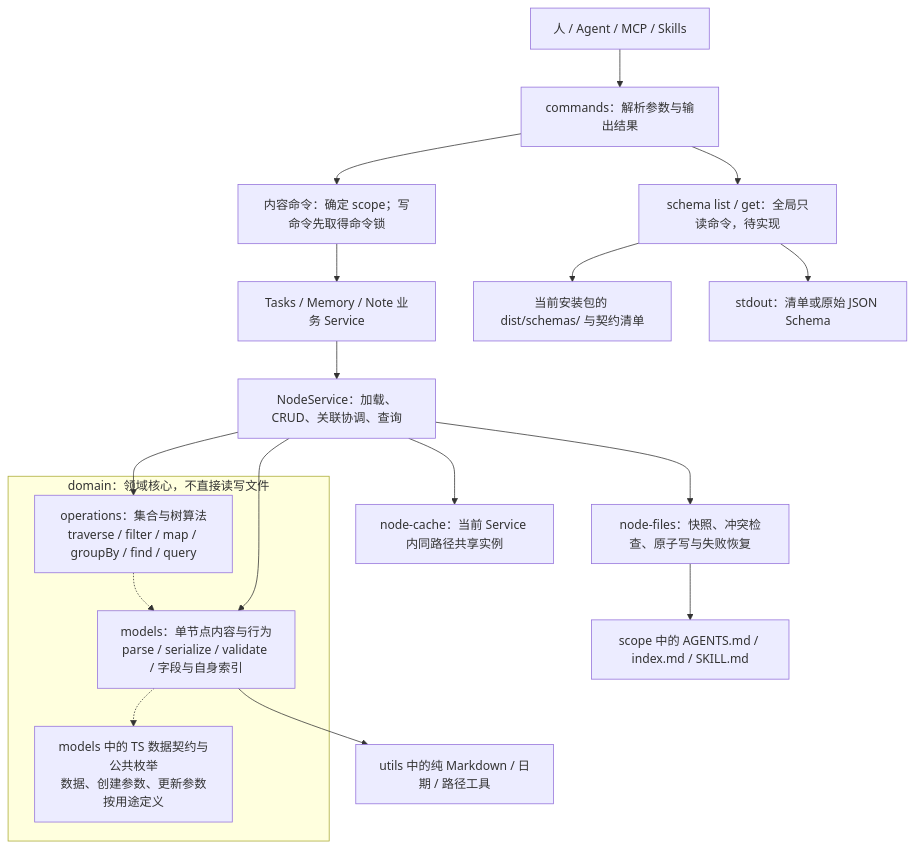
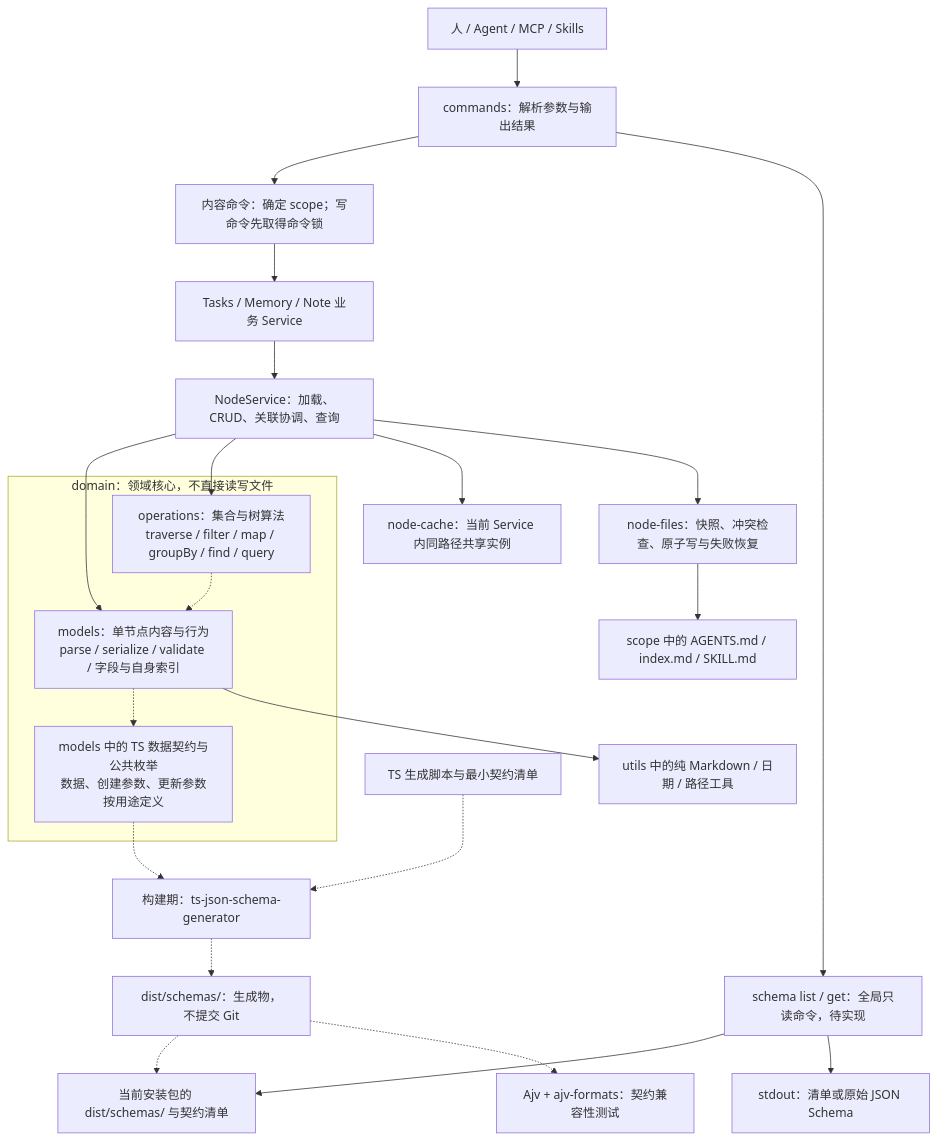
One commit to VirusPC/edges changed the first of 2 diagrams in docs/superpowers/plans/2026-10-06-shared-node-capabilities.md. Above: the diagram before and after it, drawn with Mermaid. The commit also changed other lines of this file and 4 other files, not shown here.

Commit message:
docs: record schema technology tradeoffs and implementation plan

````diff
--- a/docs/superpowers/plans/2026-10-06-shared-node-capabilities.md
+++ b/docs/superpowers/plans/2026-10-06-shared-node-capabilities.md
@@ -34,26 +34,31 @@
 ```mermaid
 flowchart TD
     Client["人 / Agent / MCP / Skills"] --> CLI["commands：解析参数与输出结果"]
     CLI --> Scope["内容命令：确定 scope；写命令先取得命令锁"]
     Scope --> Business["Tasks / Memory / Note 业务 Service"]
     Business --> NS["NodeService：加载、CRUD、关联协调、查询"]
 
     subgraph Domain["domain：领域核心，不直接读写文件"]
         Models["models：单节点内容与行为<br/>parse / serialize / validate / 字段与自身索引"]
         Contracts["models 中的 TS 数据契约与公共枚举<br/>数据、创建参数、更新参数按用途定义"]
         Ops["operations：集合与树算法<br/>traverse / filter / map / groupBy / find / query"]
         Models -.-> Contracts
         Ops -.-> Models
     end
 
     NS --> Models
     NS --> Ops
     NS --> Cache["node-cache：当前 Service 内同路径共享实例"]
     NS --> IO["node-files：快照、冲突检查、原子写与失败恢复"]
     IO --> Content["scope 中的 AGENTS.md / index.md / SKILL.md"]
     Models --> Pure["utils 中的纯 Markdown / 日期 / 路径工具"]
 
     CLI --> Schema["schema list / get：全局只读命令，待实现"]
     Schema --> Built["当前安装包的 dist/schemas/ 与契约清单"]
+    Contracts -.-> Generator["构建期：ts-json-schema-generator"]
+    Script["TS 生成脚本与最小契约清单"] -.-> Generator
+    Generator -.-> Artifacts["dist/schemas/：生成物，不提交 Git"]
+    Artifacts -.-> Built
+    Artifacts -.-> Check["Ajv + ajv-formats：契约兼容性测试"]
     Schema --> JSON["stdout：清单或原始 JSON Schema"]
 ```
````
